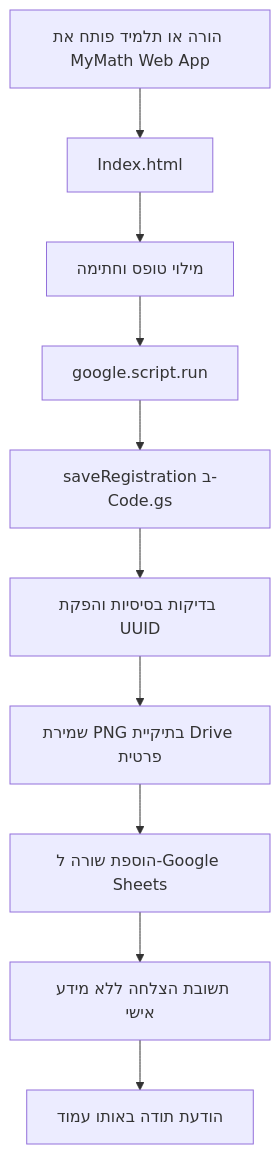
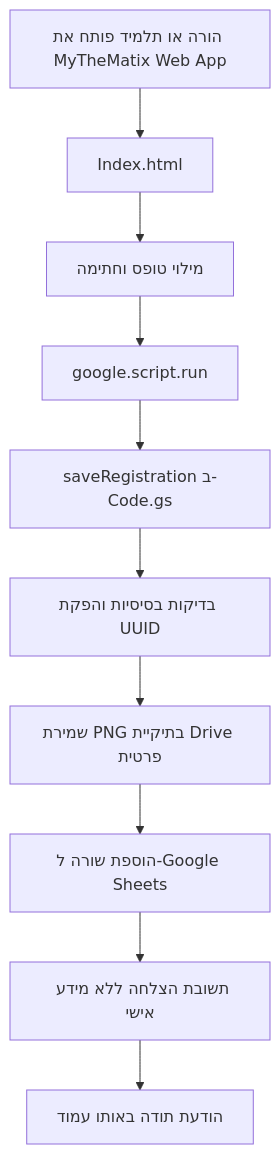
One commit to ohadmath12/MyMath changed the diagram in IMPLEMENTATION_PLAN.md. Above: the diagram before and after it, drawn with Mermaid. The commit also changed other lines of this file and 3 other files, not shown here.

````diff
--- a/IMPLEMENTATION_PLAN.md
+++ b/IMPLEMENTATION_PLAN.md
@@ -81,12 +81,12 @@
 ```mermaid
 flowchart TD
-    A["הורה או תלמיד פותח את MyMath Web App"] --> B["Index.html"]
+    A["הורה או תלמיד פותח את MyTheMatix Web App"] --> B["Index.html"]
     B --> C["מילוי טופס וחתימה"]
     C --> D["google.script.run"]
     D --> E["saveRegistration ב-Code.gs"]
     E --> F["בדיקות בסיסיות והפקת UUID"]
     F --> G["שמירת PNG בתיקיית Drive פרטית"]
     G --> H["הוספת שורה ל-Google Sheets"]
     H --> I["תשובת הצלחה ללא מידע אישי"]
     I --> J["הודעת תודה באותו עמוד"]
 ```
````
